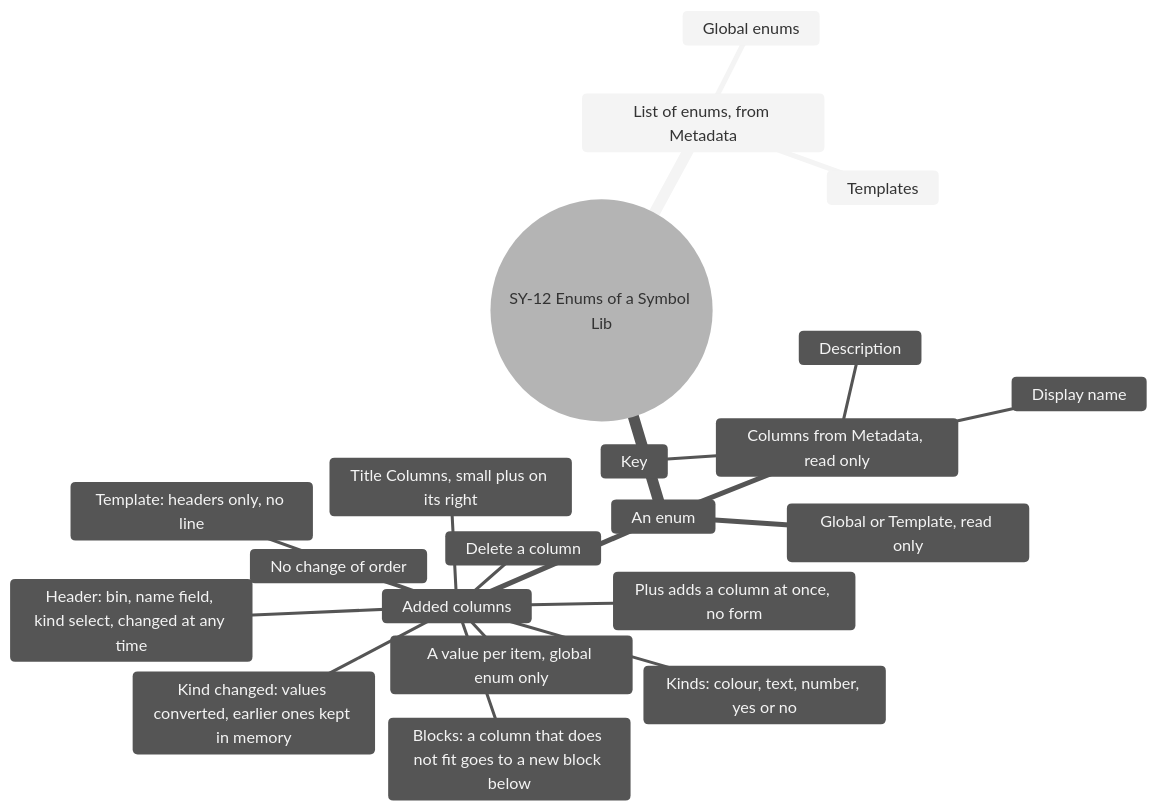
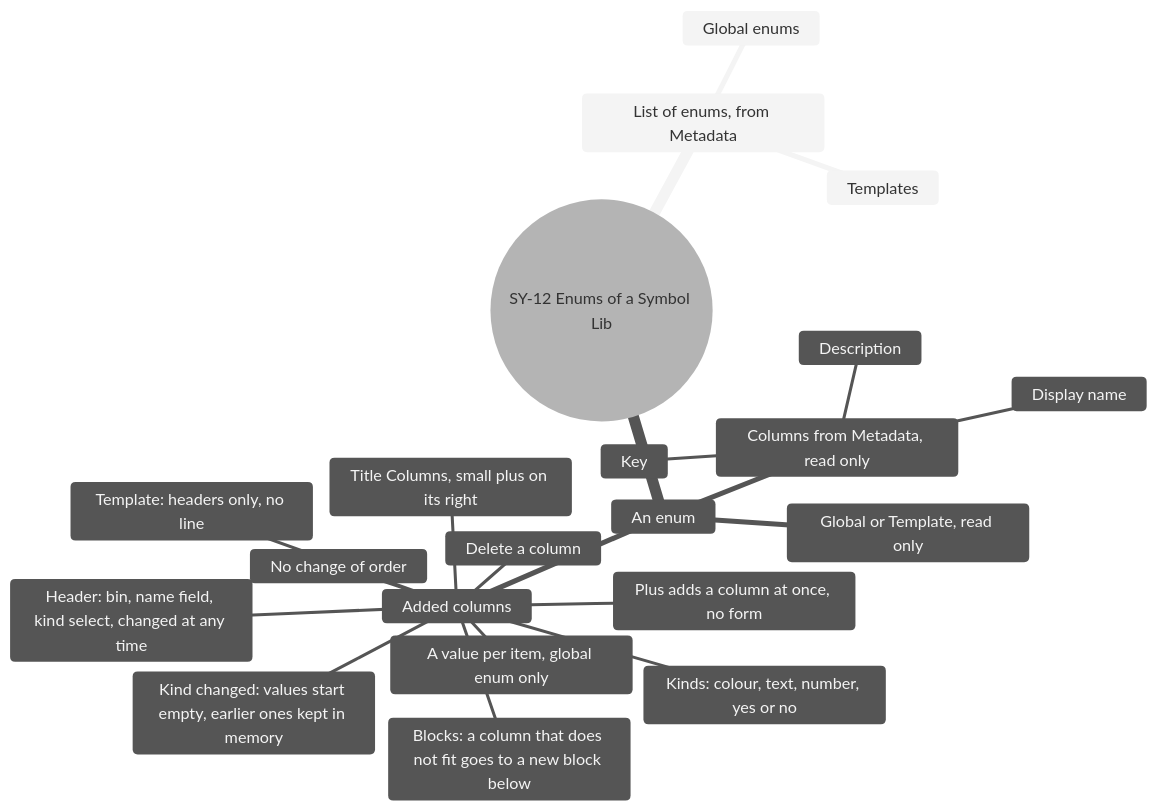
Diagram 14 of 14 in screens/symbols.md (AlexandreGallais/synoptic-studio-spec), drawn with Mermaid (neutral theme) before and after one commit. The commit also changed other lines of this file and 15 other files, not shown here.

````diff
--- a/screens/symbols.md
+++ b/screens/symbols.md
@@ -543,24 +543,24 @@
 ```mermaid
 mindmap
   root((SY-12 Enums of a Symbol Lib))
     List of enums, from Metadata
       Global enums
       Templates
     An enum
       Columns from Metadata, read only
         Key
         Display name
         Description
       Global or Template, read only
       Added columns
         Title Columns, small plus on its right
         Plus adds a column at once, no form
         Header: bin, name field, kind select, changed at any time
         Kinds: colour, text, number, yes or no
-        Kind changed: values converted, earlier ones kept in memory
+        Kind changed: values start empty, earlier ones kept in memory
         Blocks: a column that does not fit goes to a new block below
         A value per item, global enum only
         Template: headers only, no line
         Delete a column
         No change of order
 ```
````
